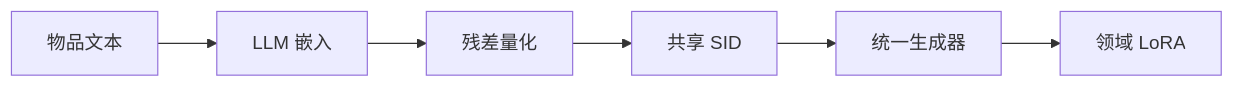
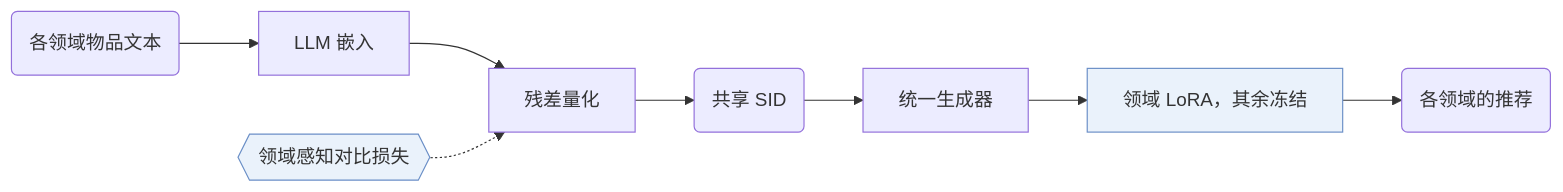
Before and after one commit to Galaxy-ghost/Awesome-SID-Generative-Rec: the diagram in notes/zh/gmc.md, drawn with Mermaid. The commit also changed 521 other files, not shown here.

Commit message:
writer-04 part 3: algorithm diagrams with shared shape conventions, README hero and paper cards, archive removed

````diff
--- a/notes/zh/gmc.md
+++ b/notes/zh/gmc.md
@@ -13,8 +13,11 @@
 ```mermaid
 flowchart LR
-    A[物品文本] --> B[LLM 嵌入]
-    B --> C[残差量化]
-    C --> D[共享 SID]
-    D --> E[统一生成器]
-    E --> F[领域 LoRA]
+    A("各领域物品文本") --> B["LLM 嵌入"]
+    B --> C["残差量化"]
+    L1{{"领域感知对比损失"}}:::key -.-> C
+    C --> D("共享 SID")
+    D --> E["统一生成器"]
+    E --> F["领域 LoRA，其余冻结"]:::key
+    F --> G("各领域的推荐")
+    classDef key fill:#eaf2fb,stroke:#6b8fc7
 ```
````
